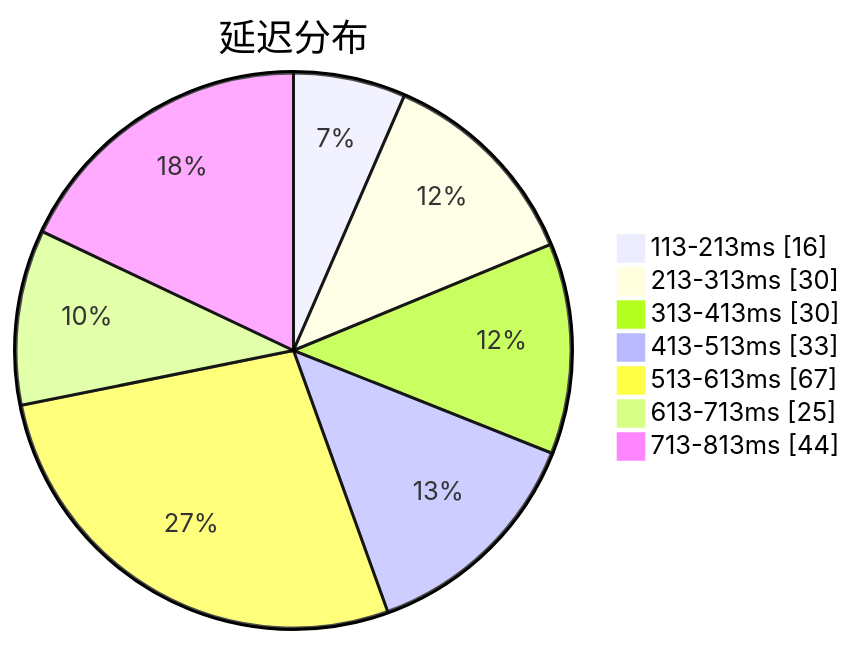
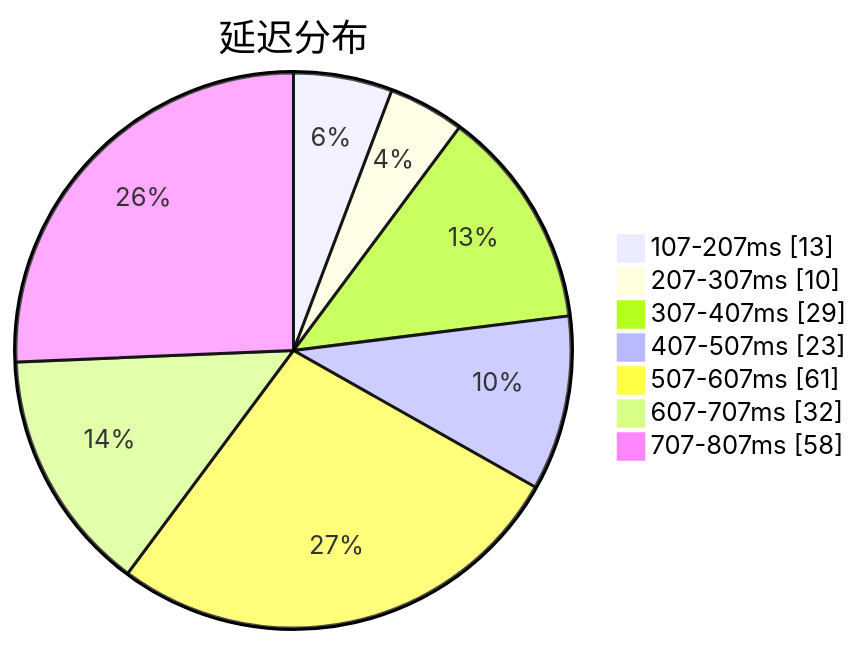
One commit to sinspired/airport changed the first of 3 diagrams in subs/statistics/tested_within.md. Above: the diagram before and after it, drawn with Mermaid. The commit also changed other lines of this file and 2 other files, not shown here.

````diff
--- a/subs/statistics/tested_within.md
+++ b/subs/statistics/tested_within.md
@@ -2,11 +2,11 @@
 ```mermaid
 pie showData
 title 延迟分布
-"113-213ms" : 16
-"213-313ms" : 30
-"313-413ms" : 30
-"413-513ms" : 33
-"513-613ms" : 67
-"613-713ms" : 25
-"713-813ms" : 44
+"107-207ms" : 13
+"207-307ms" : 10
+"307-407ms" : 29
+"407-507ms" : 23
+"507-607ms" : 61
+"607-707ms" : 32
+"707-807ms" : 58
 ```
````
